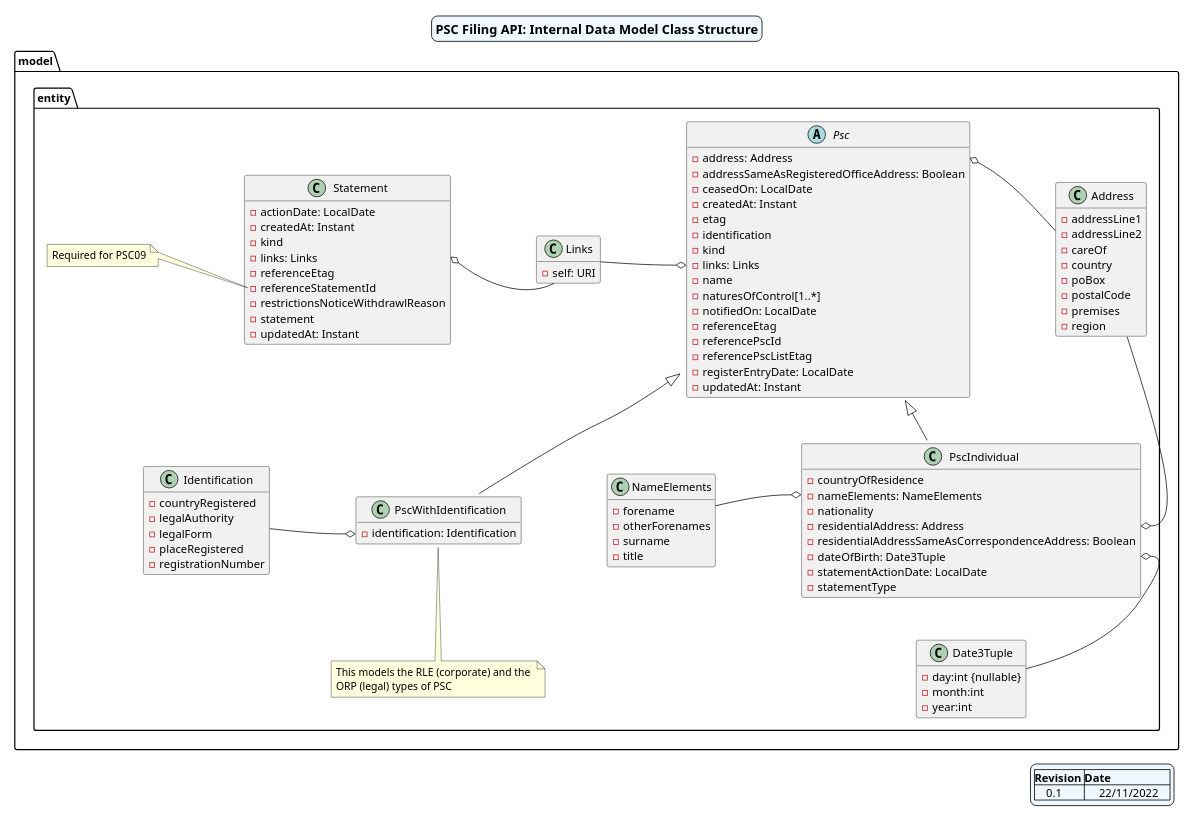
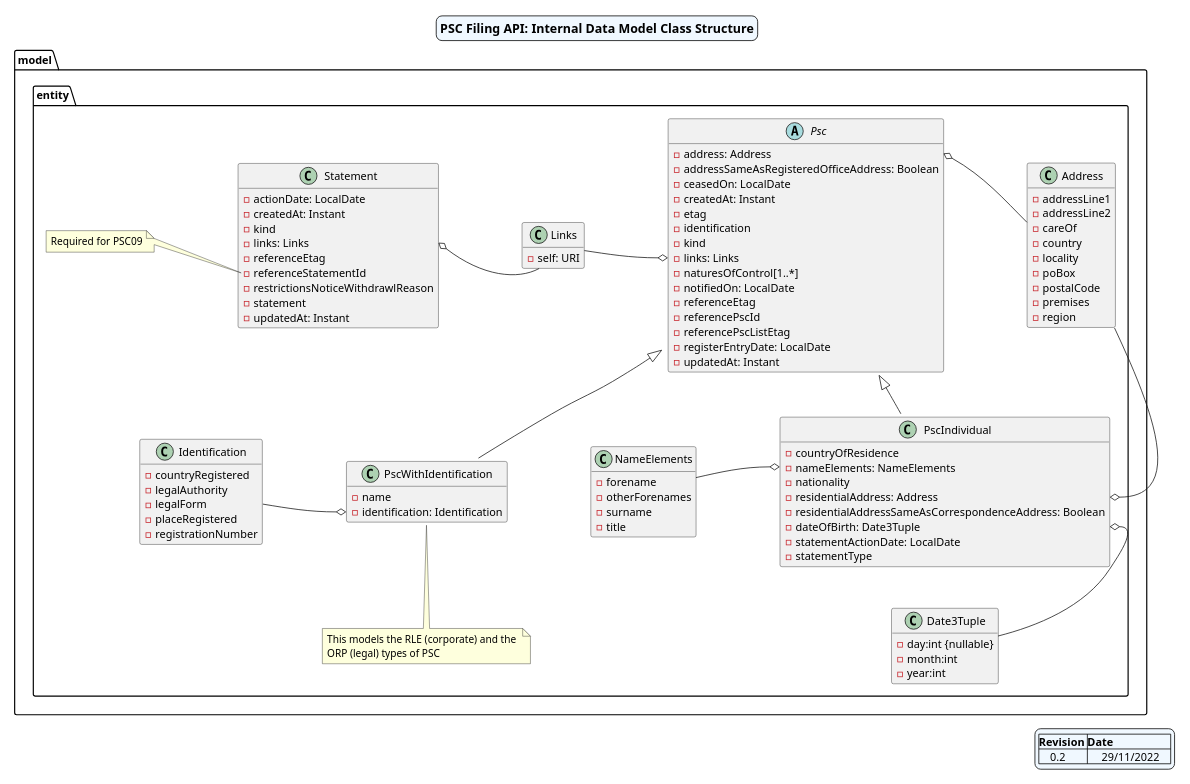
One commit to companieshouse/psc-filing-api changed the diagram in docs/Internal Data Model of PSC Classes.puml. Above: the diagram before and after it, drawn with PlantUML. The commit also changed 13 other files, not shown here.

```diff
--- a/docs/Internal Data Model of PSC Classes.puml
+++ b/docs/Internal Data Model of PSC Classes.puml
@@ -1,135 +1,132 @@
 @startuml
 skinparam linetype poly
 skinparam nodesep 100 /' horizontal separator '/
 skinparam ranksep 50 /' vertical separator '/
 skinparam titleBorderRoundCorner 15
 skinparam titleBorderThickness 1
 skinparam titleBorderColor black
 skinparam titleBackgroundColor AliceBlue
 skinparam groupInheritance 1
 scale 800 width
 hide empty members
 'hide circle'
 skinparam titleFontSize 16
 skinparam legendBackgroundColor AliceBlue
 
 title PSC Filing API: Internal Data Model Class Structure
 legend right
 |=Revision |=Date |
-|    0.1    |     22/11/2022    |
+|    0.2    |     29/11/2022    |
 end legend
 
     package "model" {
 
         package "entity" {
 
             class Address {
                 -addressLine1
                 -addressLine2
                 -careOf
                 -country
+                -locality
                 -poBox
                 -postalCode
                 -premises
                 -region
             }
 
             class Date3Tuple {
                 -day:int {nullable}
                 -month:int
                 -year:int
             }
 /'            note right of Date3Tuple
                day is null
                for partial DOB
             end note'/
 
             class Identification {
                 -countryRegistered
                 -legalAuthority
                 -legalForm
                 -placeRegistered
                 -registrationNumber
             }
 
             class NameElements {
                 -forename
                 -otherForenames
                 -surname
                 -title
             }
 
             class Statement {
                 -actionDate: LocalDate
                 -createdAt: Instant
                 -kind
                 -links: Links
                 -referenceEtag
                 -referenceStatementId
                 -restrictionsNoticeWithdrawlReason
                 -statement
                 -updatedAt: Instant
             }
 
           note left of Statement::referenceStatementId
                 Required for PSC09
            end note
 
-/'          note left of Statement::statement
-                See public spec for full list
-           end note'/
-
             abstract class Psc {
                 -address: Address
                 -addressSameAsRegisteredOfficeAddress: Boolean
                 -ceasedOn: LocalDate
                 -createdAt: Instant
                 -etag
                 -identification
                 -kind
                 -links: Links
-                -name
                 -naturesOfControl[1..*]
                 -notifiedOn: LocalDate
                 -referenceEtag
                 -referencePscId
                 -referencePscListEtag
                 -registerEntryDate: LocalDate
                 -updatedAt: Instant
             }
 
             class PscWithIdentification {
+                -name
                 -identification: Identification
             }
           note "This models the RLE (corporate) and the \nORP (legal) types of PSC" as Note1
           PscWithIdentification .. Note1
 
             class PscIndividual {
                 -countryOfResidence
                 -nameElements: NameElements
                 -nationality
                 -residentialAddress: Address
                 -residentialAddressSameAsCorrespondenceAddress: Boolean
                 -dateOfBirth: Date3Tuple
                 -statementActionDate: LocalDate
                 -statementType
             }
 
             class Links {
                 -self: URI
             }
 
             Psc <|-- PscWithIdentification
             Psc <|-- PscIndividual
             NameElements -o PscIndividual::nameElements
             Identification -o PscWithIdentification::identification
             Psc::address o- Address
             Address --o PscIndividual::residentialAddress
             PscIndividual::dateOfBirth o-- Date3Tuple
             Links -o Psc::links
             Statement::links o- Links
 
         }
     }
 
 @enduml
```
